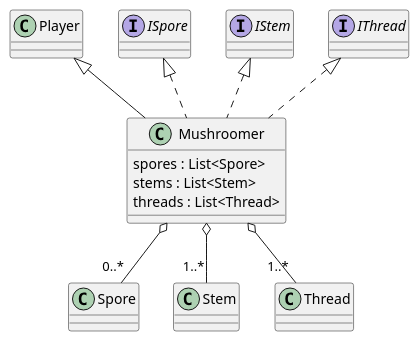
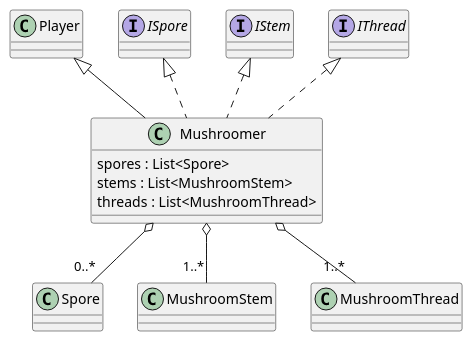
One commit to Petya-G/fungorium changed the diagram in 5/classes/player/mushroomer.puml. Above: the diagram before and after it, drawn with PlantUML. The commit also changed 4 other files, not shown here.

```diff
--- a/5/classes/player/mushroomer.puml
+++ b/5/classes/player/mushroomer.puml
@@ -1,12 +1,12 @@
 @startuml mushroomer
 
 Mushroomer o-- "0..*" Spore
-Mushroomer o-- "1..*" Stem
-Mushroomer o-- "1..*" Thread
+Mushroomer o-- "1..*" MushroomStem
+Mushroomer o-- "1..*" MushroomThread
 class Mushroomer extends Player implements ISpore, IStem, IThread{
     spores : List<Spore>
-    stems : List<Stem>
-    threads : List<Thread>
+    stems : List<MushroomStem>
+    threads : List<MushroomThread>
 }
 
 @enduml
```
